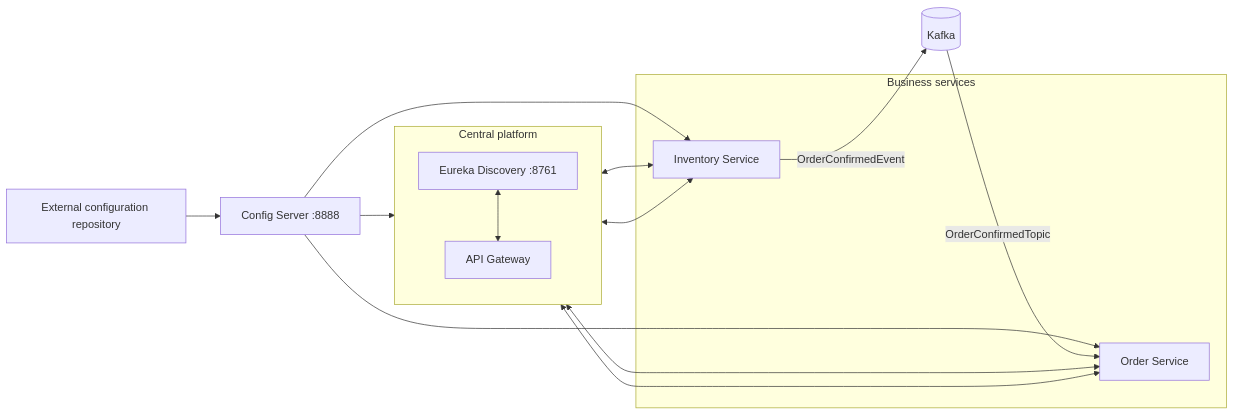
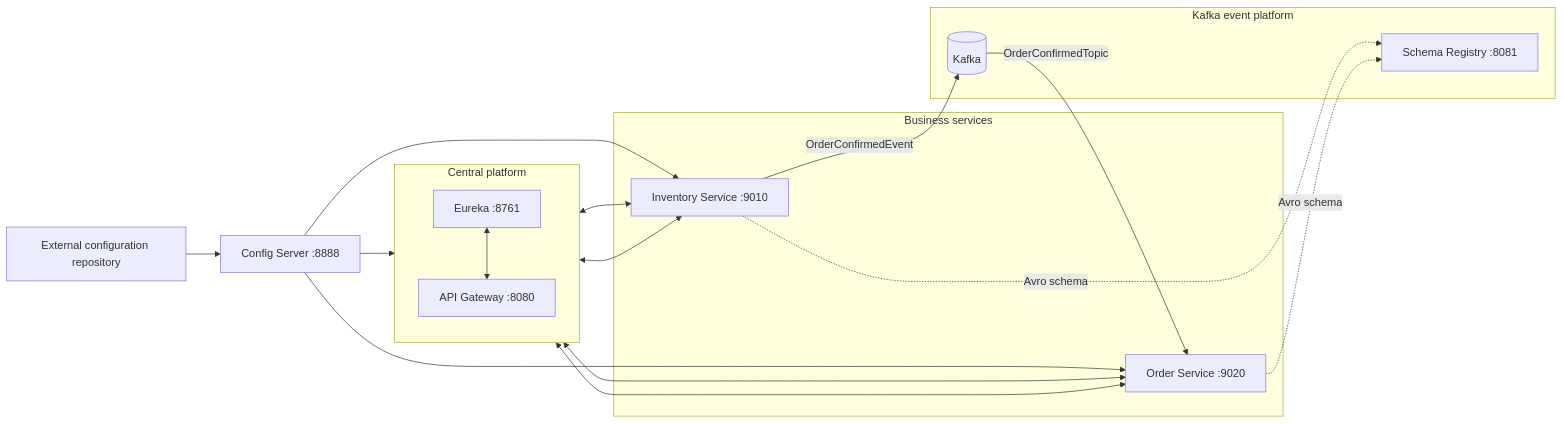
One commit to shubhgaur37/eCommerce changed the first of 2 diagrams in README.md. Above: the diagram before and after it, drawn with Mermaid. The commit also changed other lines of this file and 1 other file, not shown here.

````diff
--- a/README.md
+++ b/README.md
@@ -27,29 +45,35 @@
 ```mermaid
 flowchart LR
     configRepo["External configuration repository"] --> configServer["Config Server :8888"]
 
     subgraph platform["Central platform"]
         direction TB
-        gateway["API Gateway"]
-        discovery["Eureka Discovery :8761"]
+        gateway["API Gateway :8080"]
+        discovery["Eureka :8761"]
     end
 
     subgraph applications["Business services"]
-        order["Order Service"]
-        inventory["Inventory Service"]
+        order["Order Service :9020"]
+        inventory["Inventory Service :9010"]
     end
 
     configServer --> gateway
     configServer --> order
     configServer --> inventory
 
     gateway <--> order
     gateway <--> inventory
     discovery <--> gateway
     discovery <--> order
     discovery <--> inventory
 
-    kafka[(Kafka)]
+    subgraph events["Kafka event platform"]
+        kafka[(Kafka)]
+        schemaRegistry["Schema Registry :8081"]
+    end
+
     inventory -->|OrderConfirmedEvent| kafka
     kafka -->|OrderConfirmedTopic| order
+    inventory -. Avro schema .-> schemaRegistry
+    order -. Avro schema .-> schemaRegistry
 ```
````
